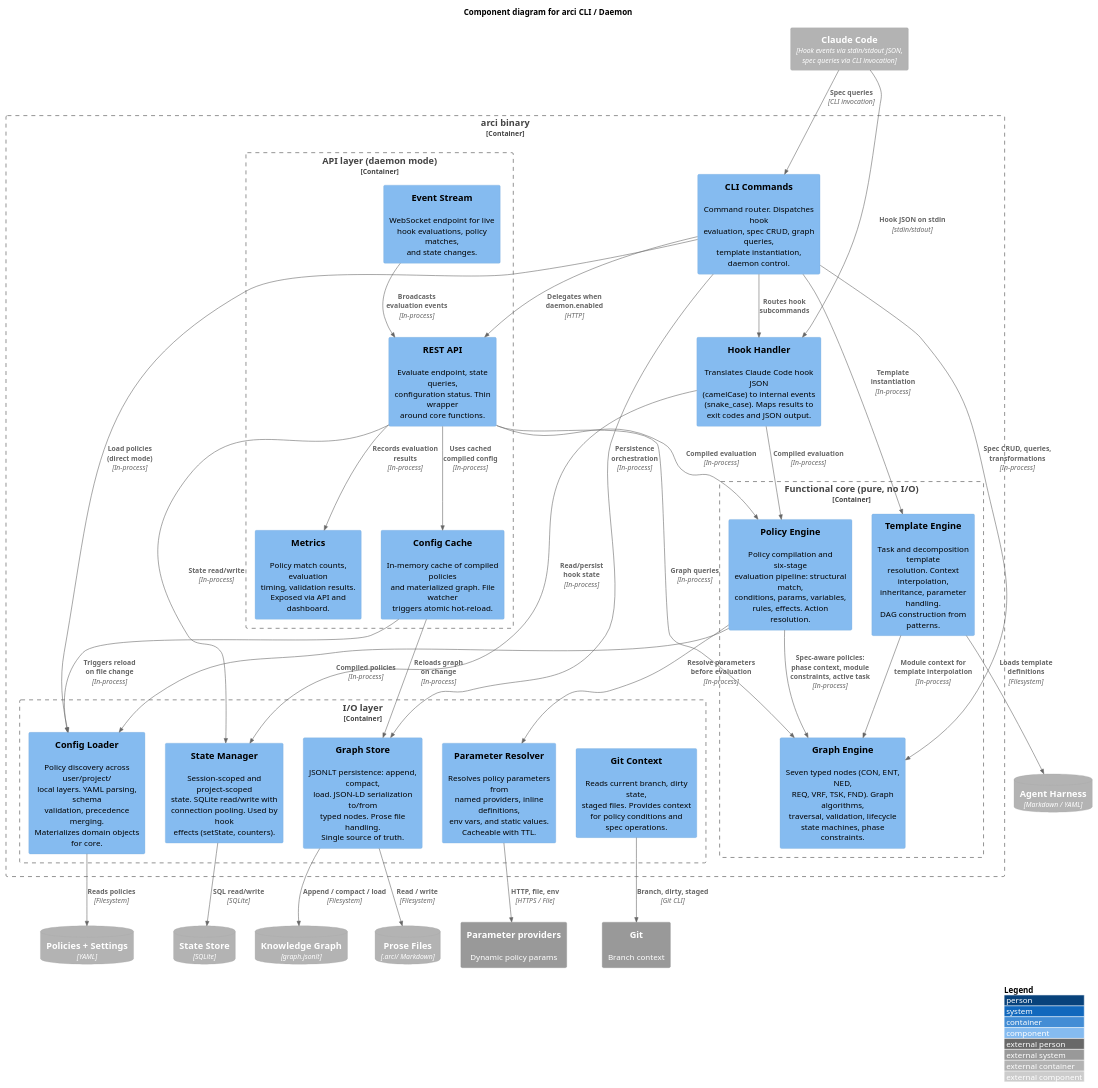
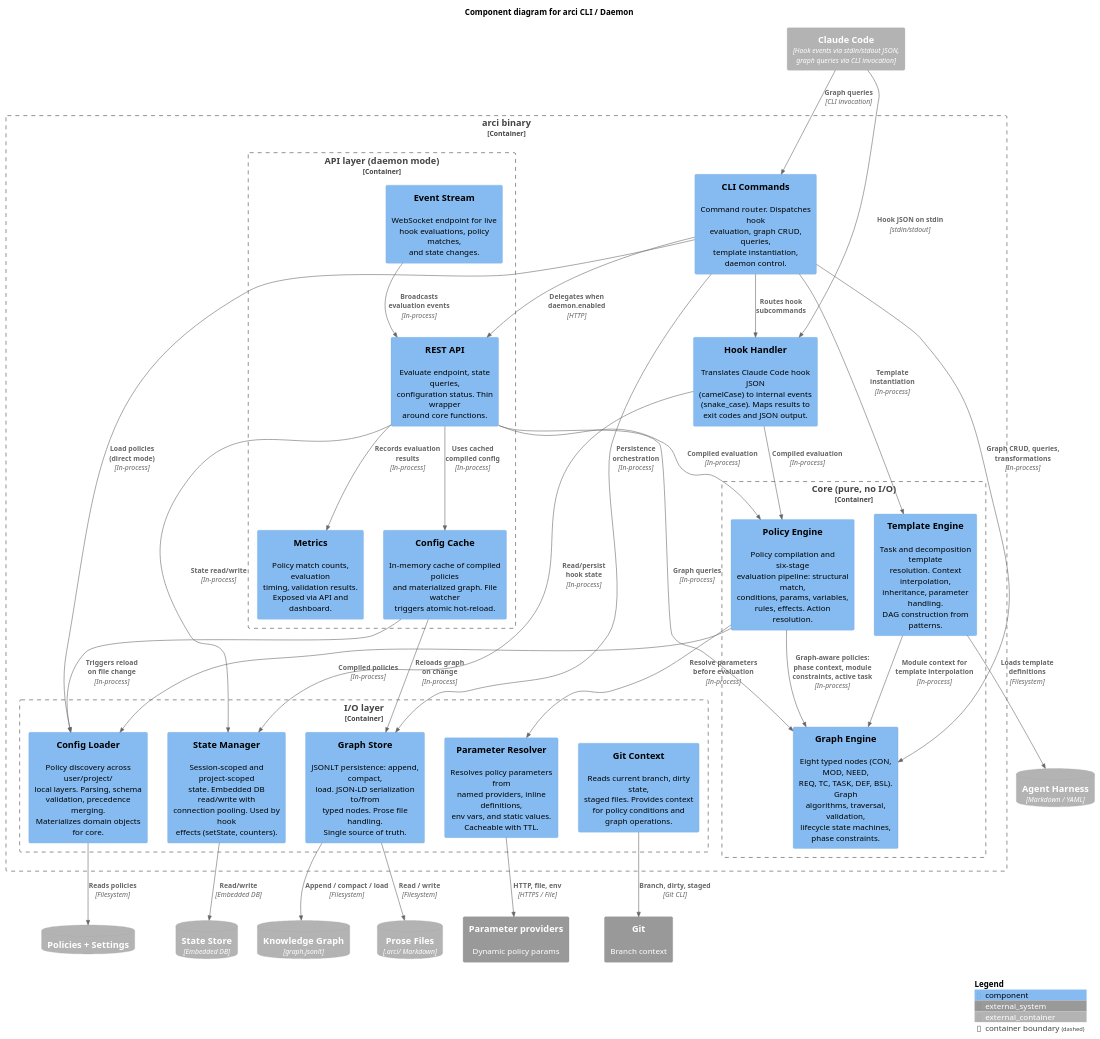
Before and after one commit to krav-sh/krav: the diagram in docs/design/diagrams/arci-c4-component.puml, drawn with PlantUML. The commit also changed 144 other files, not shown here.

```diff
--- a/docs/design/diagrams/arci-c4-component.puml
+++ b/docs/design/diagrams/arci-c4-component.puml
@@ -1,101 +1,101 @@
 @startuml arci-c4-component
 !include <C4/C4_Component>
 
-LAYOUT_WITH_LEGEND()
-
 title Component diagram for arci CLI / Daemon
 
-Container_Ext(claude_code, "Claude Code", "Hook events via stdin/stdout JSON,\nspec queries via CLI invocation")
-ContainerDb_Ext(state_store, "State Store", "SQLite")
+Container_Ext(claude_code, "Claude Code", "Hook events via stdin/stdout JSON,\ngraph queries via CLI invocation")
+ContainerDb_Ext(state_store, "State Store", "Embedded DB")
 ContainerDb_Ext(graph_db, "Knowledge Graph", "graph.jsonlt")
 ContainerDb_Ext(prose_files, "Prose Files", ".arci/ Markdown")
-ContainerDb_Ext(policy_config, "Policies + Settings", "YAML")
+ContainerDb_Ext(policy_config, "Policies + Settings", "")
 ContainerDb_Ext(harness_config, "Agent Harness", "Markdown / YAML")
 System_Ext(git, "Git", "Branch context")
 System_Ext(param_providers, "Parameter providers", "Dynamic policy params")
 
 Container_Boundary(arci_binary, "arci binary") {
 
-    Component(cli_commands, "CLI Commands", "", "Command router. Dispatches hook\nevaluation, spec CRUD, graph queries,\ntemplate instantiation, daemon control.")
+    Component(cli_commands, "CLI Commands", "", "Command router. Dispatches hook\nevaluation, graph CRUD, queries,\ntemplate instantiation, daemon control.")
 
     Component(hook_handler, "Hook Handler", "", "Translates Claude Code hook JSON\n(camelCase) to internal events\n(snake_case). Maps results to\nexit codes and JSON output.")
 
-    Container_Boundary(core, "Functional core (pure, no I/O)") {
+    Container_Boundary(core, "Core (pure, no I/O)") {
         Component(policy_engine, "Policy Engine", "", "Policy compilation and six-stage\nevaluation pipeline: structural match,\nconditions, params, variables,\nrules, effects. Action resolution.")
 
-        Component(graph_engine, "Graph Engine", "", "Seven typed nodes (CON, ENT, NED,\nREQ, VRF, TSK, FND). Graph algorithms,\ntraversal, validation, lifecycle\nstate machines, phase constraints.")
+        Component(graph_engine, "Graph Engine", "", "Eight typed nodes (CON, MOD, NEED,\nREQ, TC, TASK, DEF, BSL). Graph\nalgorithms, traversal, validation,\nlifecycle state machines, phase constraints.")
 
         Component(template_engine, "Template Engine", "", "Task and decomposition template\nresolution. Context interpolation,\ninheritance, parameter handling.\nDAG construction from patterns.")
     }
 
     Container_Boundary(io, "I/O layer") {
-        Component(config_loader, "Config Loader", "", "Policy discovery across user/project/\nlocal layers. YAML parsing, schema\nvalidation, precedence merging.\nMaterializes domain objects for core.")
+        Component(config_loader, "Config Loader", "", "Policy discovery across user/project/\nlocal layers. Parsing, schema\nvalidation, precedence merging.\nMaterializes domain objects for core.")
 
         Component(graph_store, "Graph Store", "", "JSONLT persistence: append, compact,\nload. JSON-LD serialization to/from\ntyped nodes. Prose file handling.\nSingle source of truth.")
 
-        Component(state_mgr, "State Manager", "", "Session-scoped and project-scoped\nstate. SQLite read/write with\nconnection pooling. Used by hook\neffects (setState, counters).")
+        Component(state_mgr, "State Manager", "", "Session-scoped and project-scoped\nstate. Embedded DB read/write with\nconnection pooling. Used by hook\neffects (setState, counters).")
 
         Component(param_resolver, "Parameter Resolver", "", "Resolves policy parameters from\nnamed providers, inline definitions,\nenv vars, and static values.\nCacheable with TTL.")
 
-        Component(git_provider, "Git Context", "", "Reads current branch, dirty state,\nstaged files. Provides context\nfor policy conditions and\nspec operations.")
+        Component(git_provider, "Git Context", "", "Reads current branch, dirty state,\nstaged files. Provides context\nfor policy conditions and\ngraph operations.")
     }
 
     Container_Boundary(api, "API layer (daemon mode)") {
         Component(http_api, "REST API", "", "Evaluate endpoint, state queries,\nconfiguration status. Thin wrapper\naround core functions.")
 
         Component(ws_events, "Event Stream", "", "WebSocket endpoint for live\nhook evaluations, policy matches,\nand state changes.")
 
         Component(config_cache, "Config Cache", "", "In-memory cache of compiled policies\nand materialized graph. File watcher\ntriggers atomic hot-reload.")
 
         Component(metrics, "Metrics", "", "Policy match counts, evaluation\ntiming, validation results.\nExposed via API and dashboard.")
     }
 }
 
 ' === External inbound ===
 Rel(claude_code, hook_handler, "Hook JSON on stdin", "stdin/stdout")
-Rel(claude_code, cli_commands, "Spec queries", "CLI invocation")
+Rel(claude_code, cli_commands, "Graph queries", "CLI invocation")
 
 ' === CLI dispatch ===
 Rel(cli_commands, hook_handler, "Routes hook\nsubcommands")
-Rel(cli_commands, graph_engine, "Spec CRUD, queries,\ntransformations", "In-process")
+Rel(cli_commands, graph_engine, "Graph CRUD, queries,\ntransformations", "In-process")
 Rel(cli_commands, template_engine, "Template\ninstantiation", "In-process")
 
 ' === Hook evaluation path ===
 Rel(hook_handler, policy_engine, "Compiled evaluation", "In-process")
 Rel(hook_handler, state_mgr, "Read/persist\nhook state", "In-process")
 
 ' === Core cross-references ===
-Rel(policy_engine, graph_engine, "Spec-aware policies:\nphase context, module\nconstraints, active task", "In-process")
+Rel(policy_engine, graph_engine, "Graph-aware policies:\nphase context, module\nconstraints, active task", "In-process")
 Rel(template_engine, graph_engine, "Module context for\ntemplate interpolation", "In-process")
 
 ' === Core to I/O ===
 Rel(policy_engine, param_resolver, "Resolve parameters\nbefore evaluation", "In-process")
 Rel(policy_engine, config_loader, "Compiled policies", "In-process")
 
 ' === I/O to storage ===
 Rel(config_loader, policy_config, "Reads policies", "Filesystem")
 Rel(graph_store, graph_db, "Append / compact / load", "Filesystem")
 Rel(graph_store, prose_files, "Read / write", "Filesystem")
-Rel(state_mgr, state_store, "SQL read/write", "SQLite")
+Rel(state_mgr, state_store, "Read/write", "Embedded DB")
 Rel(param_resolver, param_providers, "HTTP, file, env", "HTTPS / File")
 Rel(git_provider, git, "Branch, dirty, staged", "Git CLI")
 
 ' === Graph engine to store ===
 Rel(cli_commands, graph_store, "Persistence\norchestration", "In-process")
 Rel(cli_commands, config_loader, "Load policies\n(direct mode)", "In-process")
 
 ' === Template to harness config ===
 Rel(template_engine, harness_config, "Loads template\ndefinitions", "Filesystem")
 
 ' === API layer (daemon mode) ===
 Rel(cli_commands, http_api, "Delegates when\ndaemon.enabled", "HTTP")
 Rel(http_api, policy_engine, "Compiled evaluation", "In-process")
 Rel(http_api, graph_engine, "Graph queries", "In-process")
 Rel(http_api, state_mgr, "State read/write", "In-process")
 Rel(config_cache, config_loader, "Triggers reload\non file change", "In-process")
 Rel(config_cache, graph_store, "Reloads graph\non change", "In-process")
 Rel(http_api, config_cache, "Uses cached\ncompiled config", "In-process")
 Rel(http_api, metrics, "Records evaluation\nresults", "In-process")
 Rel(ws_events, http_api, "Broadcasts\nevaluation events", "In-process")
 
+SHOW_LEGEND()
+
 @enduml
```
